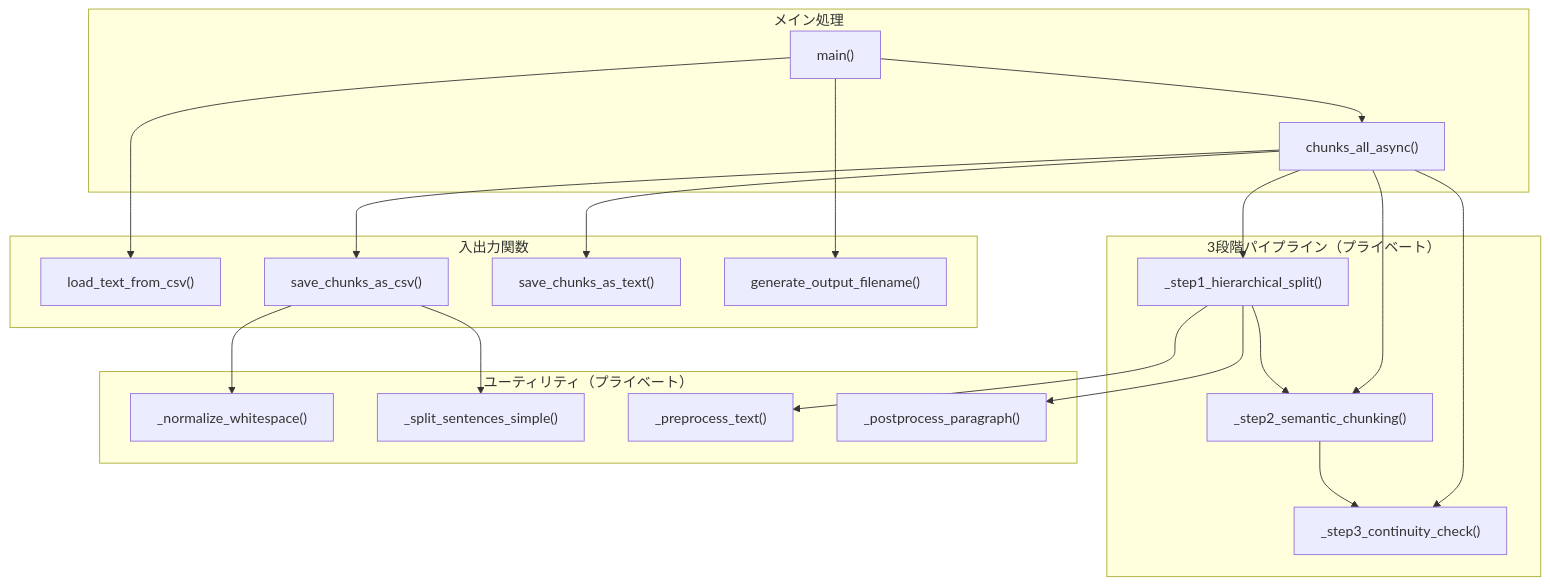
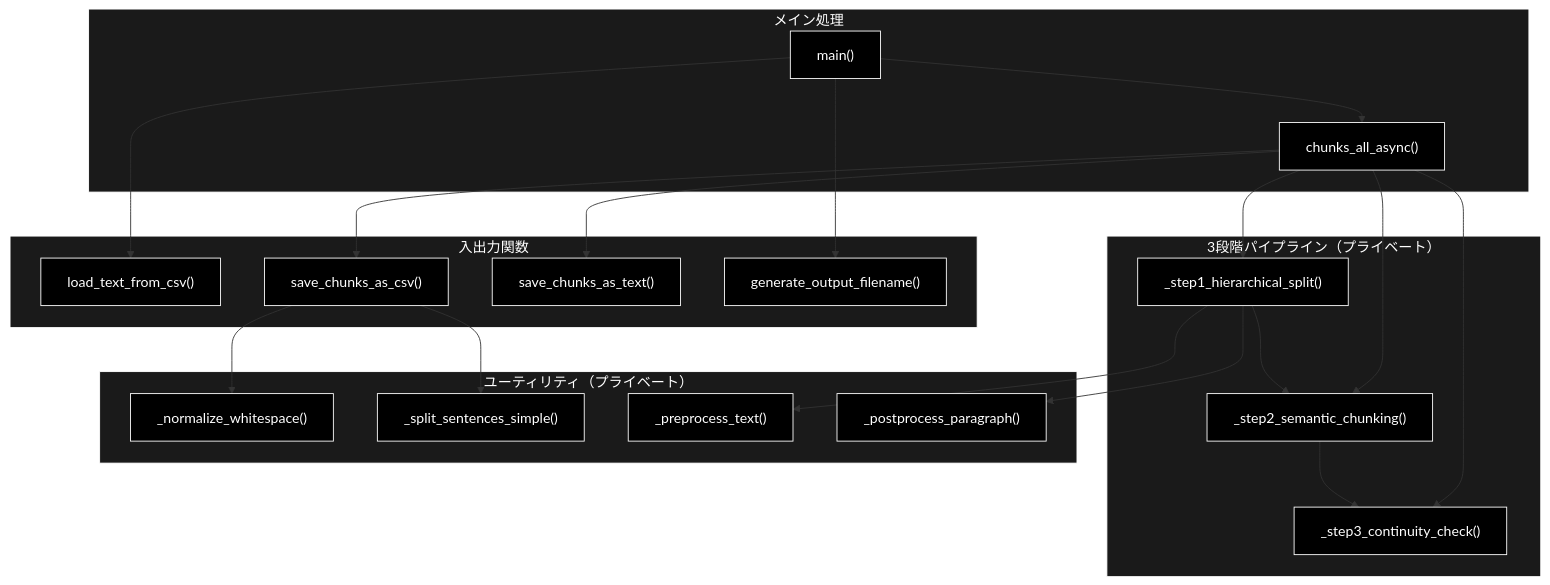
Before and after one commit to nakashima2toshio/ollama_grace_agent_v2: the fourth of 7 diagrams in chunking/doc/csv_text_to_chunks_text_csv.md, drawn with Mermaid. The commit also changed other lines of this file and 13 other files, not shown here.

````diff
--- a/chunking/doc/csv_text_to_chunks_text_csv.md
+++ b/chunking/doc/csv_text_to_chunks_text_csv.md
@@ -203,45 +223,52 @@
 ```mermaid
 flowchart TB
     subgraph MAIN_FUNC["メイン処理"]
         CHUNKS_ALL["chunks_all_async()"]
         MAIN["main()"]
     end
 
     subgraph PIPELINE["3段階パイプライン（プライベート）"]
         STEP1["_step1_hierarchical_split()"]
         STEP2["_step2_semantic_chunking()"]
         STEP3["_step3_continuity_check()"]
     end
 
     subgraph IO_FUNC["入出力関数"]
         LOAD_CSV["load_text_from_csv()"]
         SAVE_CSV["save_chunks_as_csv()"]
         SAVE_TXT["save_chunks_as_text()"]
         GEN_NAME["generate_output_filename()"]
     end
 
     subgraph UTIL_FUNC["ユーティリティ（プライベート）"]
         NORM["_normalize_whitespace()"]
         SPLIT["_split_sentences_simple()"]
         PREPROC["_preprocess_text()"]
         POSTPROC["_postprocess_paragraph()"]
     end
 
     MAIN --> LOAD_CSV
     MAIN --> CHUNKS_ALL
     MAIN --> GEN_NAME
 
     CHUNKS_ALL --> STEP1
     CHUNKS_ALL --> STEP2
     CHUNKS_ALL --> STEP3
     CHUNKS_ALL --> SAVE_CSV
     CHUNKS_ALL --> SAVE_TXT
 
     STEP1 --> PREPROC
     STEP1 --> POSTPROC
     STEP1 --> STEP2
     STEP2 --> STEP3
 
     SAVE_CSV --> NORM
     SAVE_CSV --> SPLIT
+classDef default fill:#000,stroke:#fff,color:#fff
+classDef subgraphStyle fill:#1a1a1a,stroke:#fff,color:#fff
+class CHUNKS_ALL,MAIN,STEP1,STEP2,STEP3,LOAD_CSV,SAVE_CSV,SAVE_TXT,GEN_NAME,NORM,SPLIT,PREPROC,POSTPROC default
+style MAIN_FUNC fill:#1a1a1a,stroke:#fff,color:#fff
+style PIPELINE fill:#1a1a1a,stroke:#fff,color:#fff
+style IO_FUNC fill:#1a1a1a,stroke:#fff,color:#fff
+style UTIL_FUNC fill:#1a1a1a,stroke:#fff,color:#fff
 ```
````
